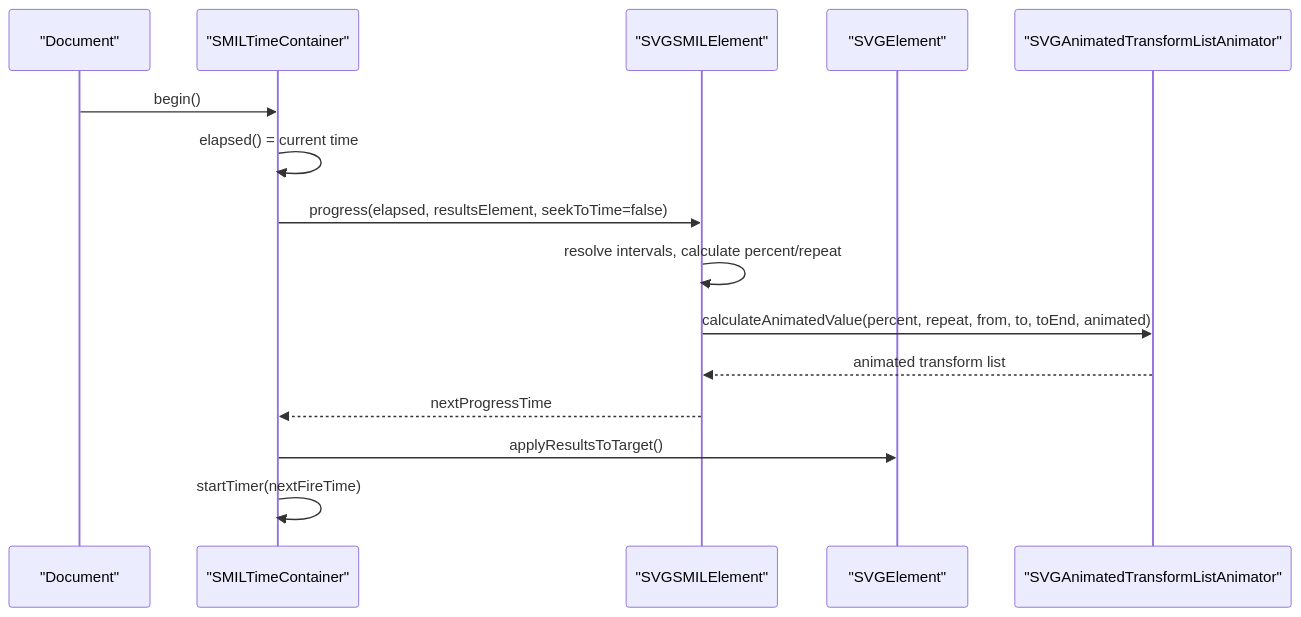
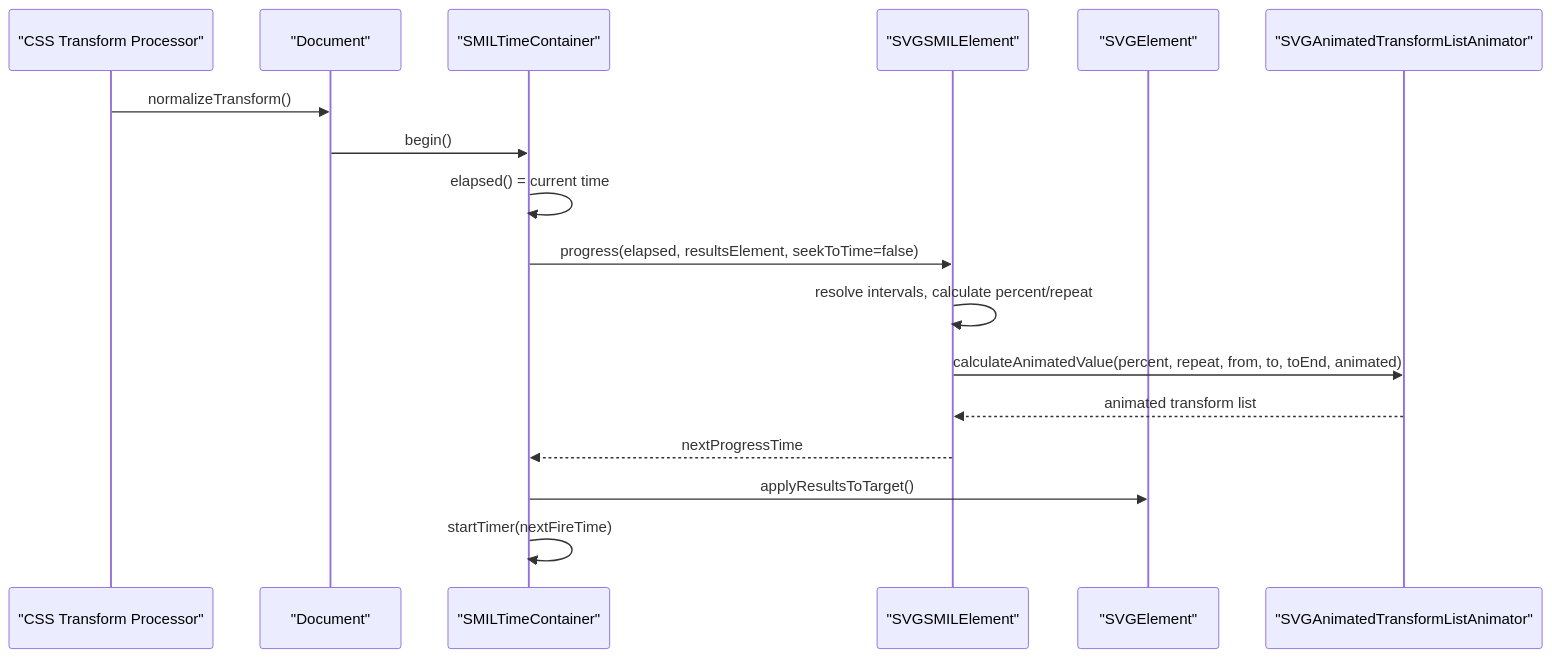
The second of 8 diagrams in .qoder/repowiki/en/content/Smil Transforms.md (denisnadey/flutter_full_svg_support), drawn with Mermaid before and after one commit. The commit also changed other lines of this file and 31 other files, not shown here.

````diff
--- a/.qoder/repowiki/en/content/Smil Transforms.md
+++ b/.qoder/repowiki/en/content/Smil Transforms.md
@@ -100,17 +145,19 @@
 ```mermaid
 sequenceDiagram
+participant CSS as "CSS Transform Processor"
 participant Doc as "Document"
 participant Container as "SMILTimeContainer"
 participant Element as "SVGSMILElement"
 participant Target as "SVGElement"
 participant Animator as "SVGAnimatedTransformListAnimator"
+CSS->>Doc : normalizeTransform()
 Doc->>Container : begin()
 Container->>Container : elapsed() = current time
 Container->>Element : progress(elapsed, resultsElement, seekToTime=false)
 Element->>Element : resolve intervals, calculate percent/repeat
 Element->>Animator : calculateAnimatedValue(percent, repeat, from, to, toEnd, animated)
 Animator-->>Element : animated transform list
 Element-->>Container : nextProgressTime
 Container->>Target : applyResultsToTarget()
 Container->>Container : startTimer(nextFireTime)
 ```
````
